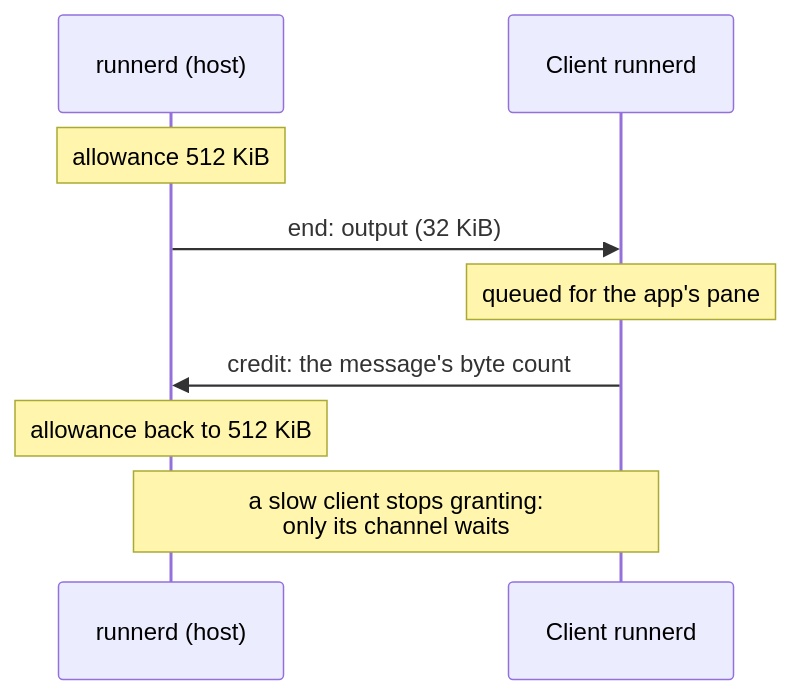
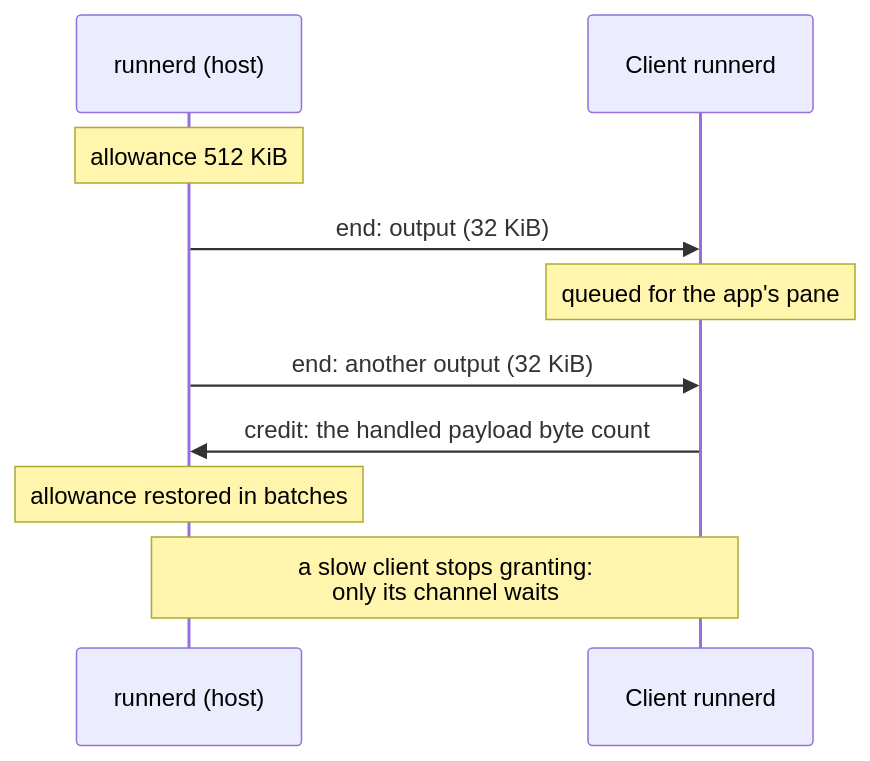
Before and after one commit to yicheng47/runner: the fifth of 7 diagrams in docs/tech/remote-control.md, drawn with Mermaid. The commit also changed other lines of this file and 16 other files, not shown here.

````diff
--- a/docs/tech/remote-control.md
+++ b/docs/tech/remote-control.md
@@ -148,11 +148,12 @@
 ```mermaid
 sequenceDiagram
     participant H as runnerd (host)
     participant C as Client runnerd
     Note over H: allowance 512 KiB
     H->>C: end: output (32 KiB)
     Note over C: queued for the app's pane
-    C->>H: credit: the message's byte count
-    Note over H: allowance back to 512 KiB
+    H->>C: end: another output (32 KiB)
+    C->>H: credit: the handled payload byte count
+    Note over H: allowance restored in batches
     Note over H,C: a slow client stops granting:<br/>only its channel waits
 ```
````
